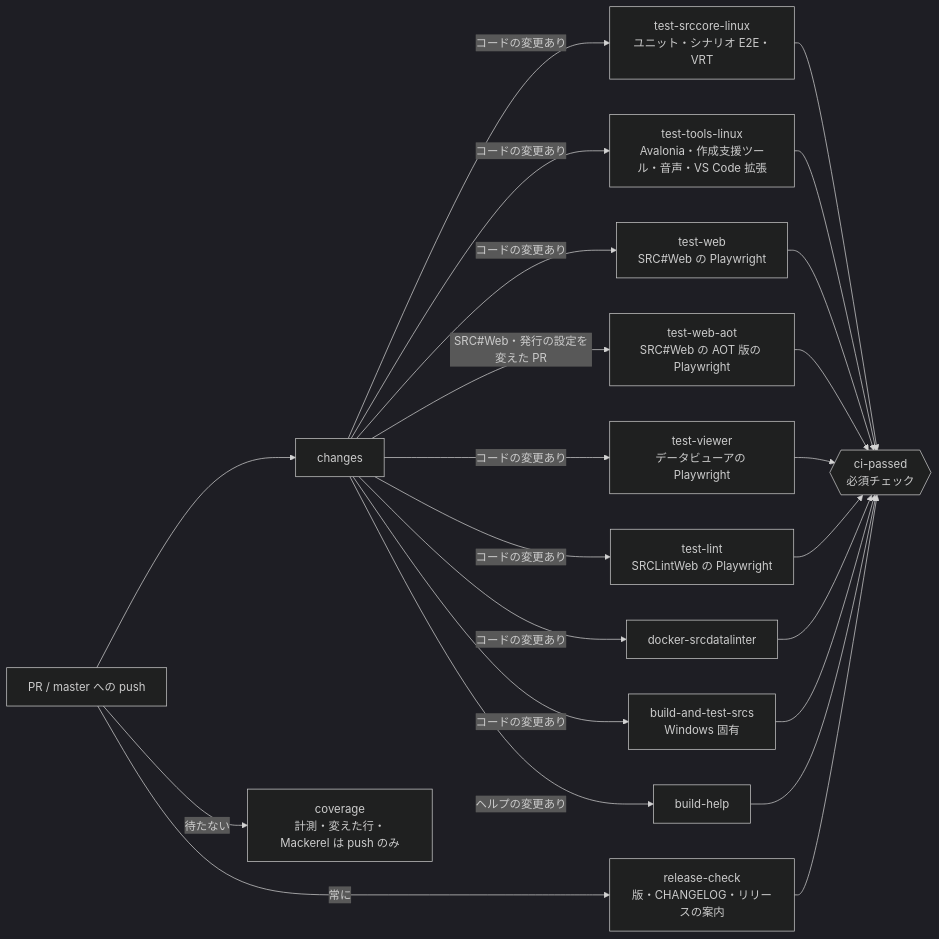
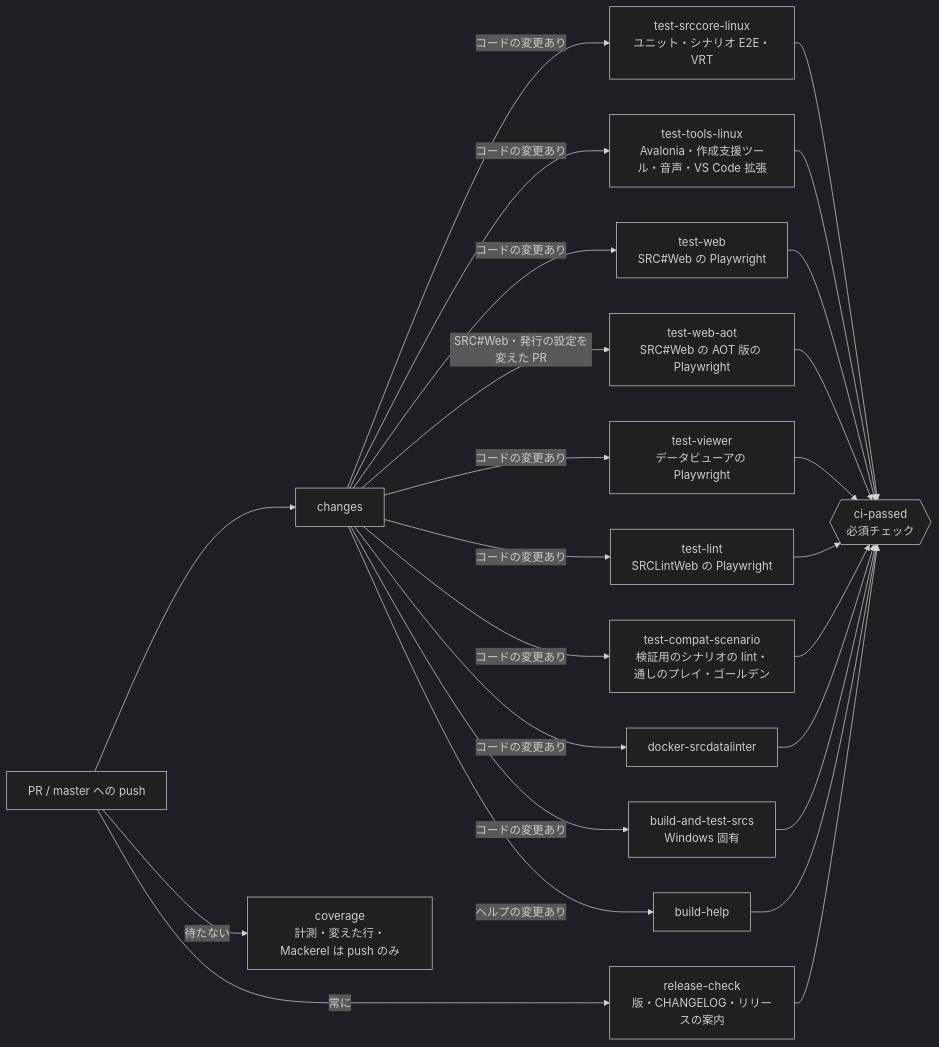
Before and after one commit to 7474/SRC: the diagram in docs/testing.md, drawn with Mermaid (dark theme). The commit also changed other lines of this file and 3 other files, not shown here.

````diff
--- a/docs/testing.md
+++ b/docs/testing.md
@@ -79,16 +82,17 @@
 ```mermaid
 flowchart LR
   PR[PR / master への push] --> changes
   changes -->|コードの変更あり| core[test-srccore-linux<br/>ユニット・シナリオ E2E・VRT]
   changes -->|コードの変更あり| tools[test-tools-linux<br/>Avalonia・作成支援ツール・音声・VS Code 拡張]
   changes -->|コードの変更あり| web[test-web<br/>SRC#Web の Playwright]
   changes -->|コードの変更あり| lint[test-lint<br/>SRCLintWeb の Playwright]
   changes -->|SRC#Web・発行の設定を変えた PR| aot[test-web-aot<br/>SRC#Web の AOT 版の Playwright]
   changes -->|コードの変更あり| viewer[test-viewer<br/>データビューアの Playwright]
+  changes -->|コードの変更あり| compat[test-compat-scenario<br/>検証用のシナリオの lint・通しのプレイ・ゴールデン]
   changes -->|コードの変更あり| docker[docker-srcdatalinter]
   changes -->|コードの変更あり| win[build-and-test-srcs<br/>Windows 固有]
   changes -->|ヘルプの変更あり| help[build-help]
   PR -->|常に| release[release-check<br/>版・CHANGELOG・リリースの案内]
-  core & tools & web & aot & viewer & lint & docker & win & help & release --> gate{{ci-passed<br/>必須チェック}}
+  core & tools & web & aot & viewer & lint & compat & docker & win & help & release --> gate{{ci-passed<br/>必須チェック}}
   PR -->|待たない| coverage[coverage<br/>計測・変えた行・Mackerel は push のみ]
 ```
````
